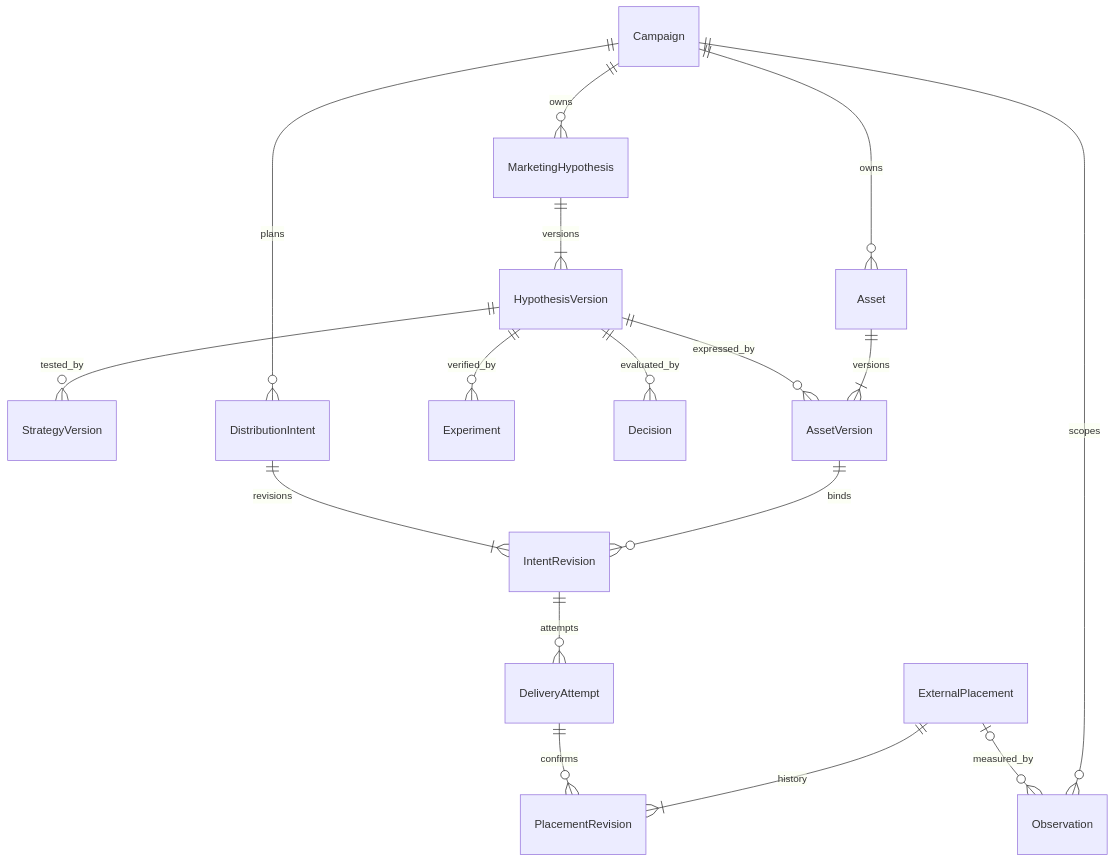
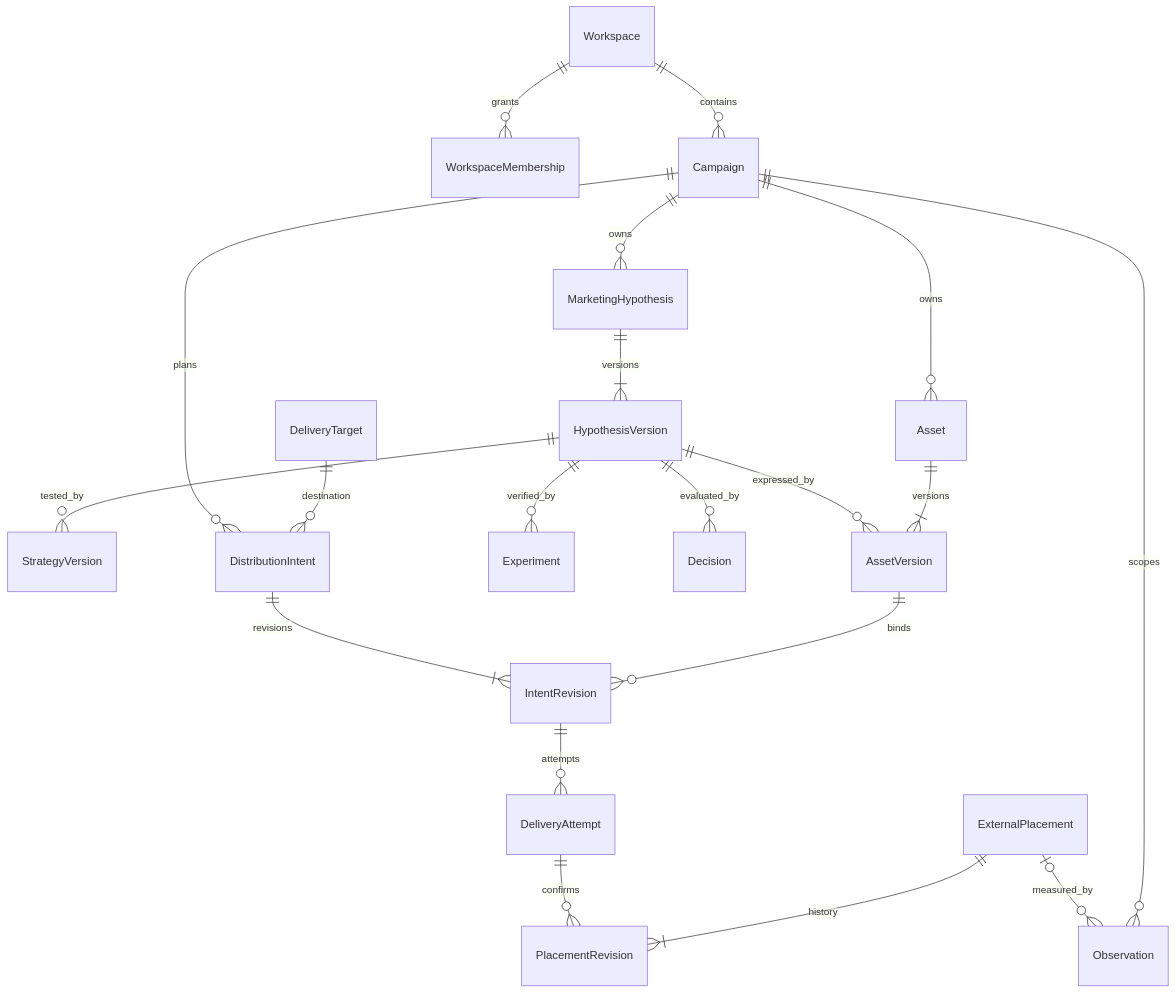
Before and after one commit to afkochnev/iteam-ai-marketing: the diagram in docs/architecture-v2/entity-model.md, drawn with Mermaid. The commit also changed other lines of this file and 8 other files, not shown here.

````diff
--- a/docs/architecture-v2/entity-model.md
+++ b/docs/architecture-v2/entity-model.md
@@ -72,19 +82,22 @@
 ```mermaid
 erDiagram
+  Workspace ||--o{ WorkspaceMembership : grants
+  Workspace ||--o{ Campaign : contains
   Campaign ||--o{ MarketingHypothesis : owns
   MarketingHypothesis ||--|{ HypothesisVersion : versions
   HypothesisVersion ||--o{ StrategyVersion : tested_by
   HypothesisVersion ||--o{ AssetVersion : expressed_by
   HypothesisVersion ||--o{ Experiment : verified_by
   HypothesisVersion ||--o{ Decision : evaluated_by
   Campaign ||--o{ Asset : owns
   Asset ||--|{ AssetVersion : versions
   Campaign ||--o{ DistributionIntent : plans
+  DeliveryTarget ||--o{ DistributionIntent : destination
   DistributionIntent ||--|{ IntentRevision : revisions
   AssetVersion ||--o{ IntentRevision : binds
   IntentRevision ||--o{ DeliveryAttempt : attempts
   DeliveryAttempt ||--o{ PlacementRevision : confirms
   ExternalPlacement ||--|{ PlacementRevision : history
   ExternalPlacement |o--o{ Observation : measured_by
   Campaign ||--o{ Observation : scopes
 ```
````
